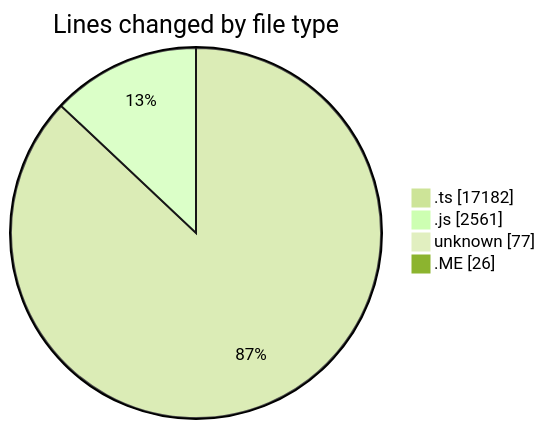
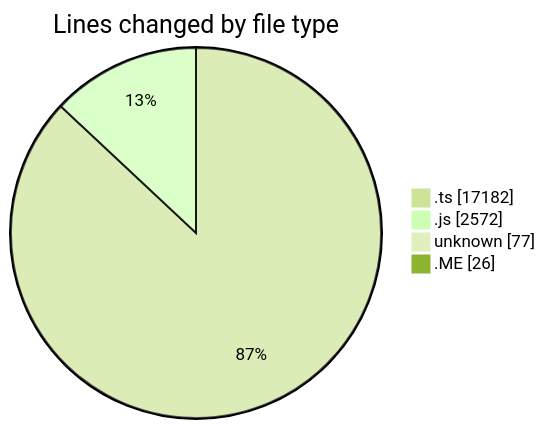
One commit to momahboobian/code-tracking changed the first of 2 diagrams in 2026-02-03/cda/README.md. Above: the diagram before and after it, drawn with Mermaid (forest theme). The commit also changed other lines of this file and 1 other file, not shown here.

````diff
--- a/2026-02-03/cda/README.md
+++ b/2026-02-03/cda/README.md
@@ -30,8 +30,8 @@
 ```mermaid
 pie showData
 title Lines changed by file type
 ".ts" : 17182
-".js" : 2561
+".js" : 2572
 "unknown" : 77
 ".ME" : 26
 ```
````
